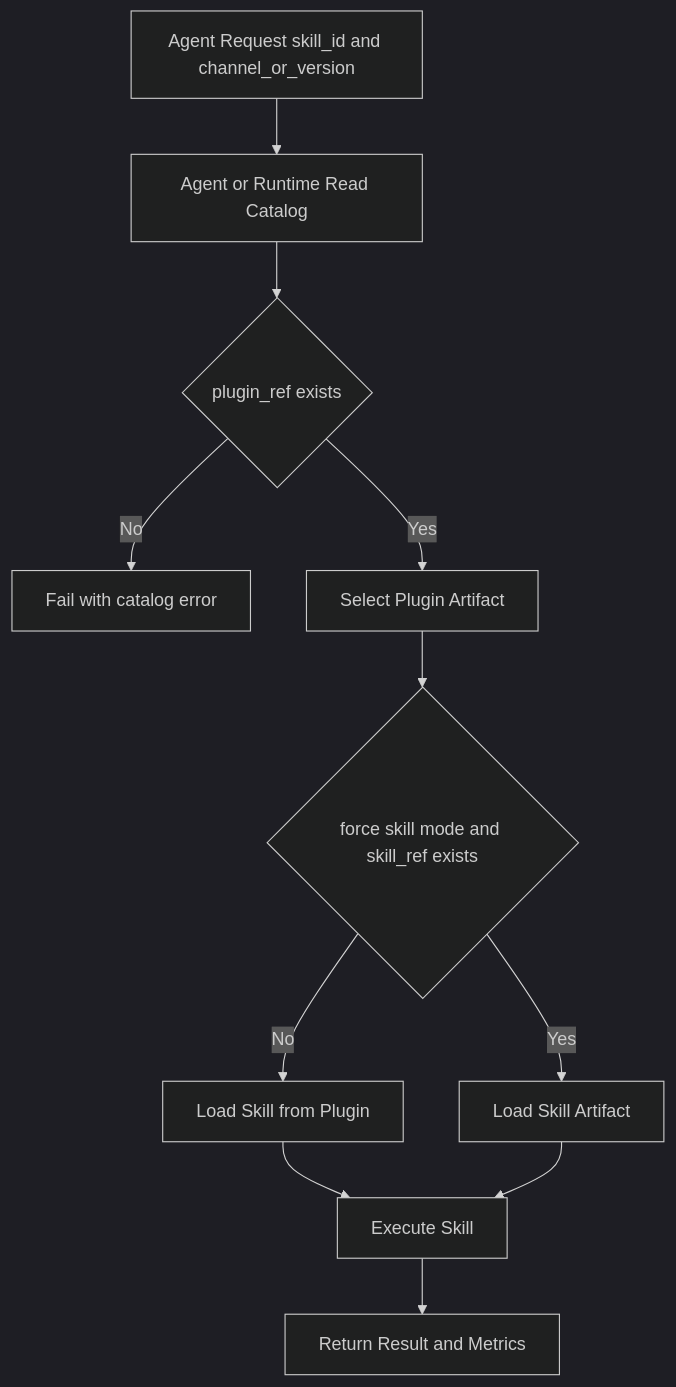
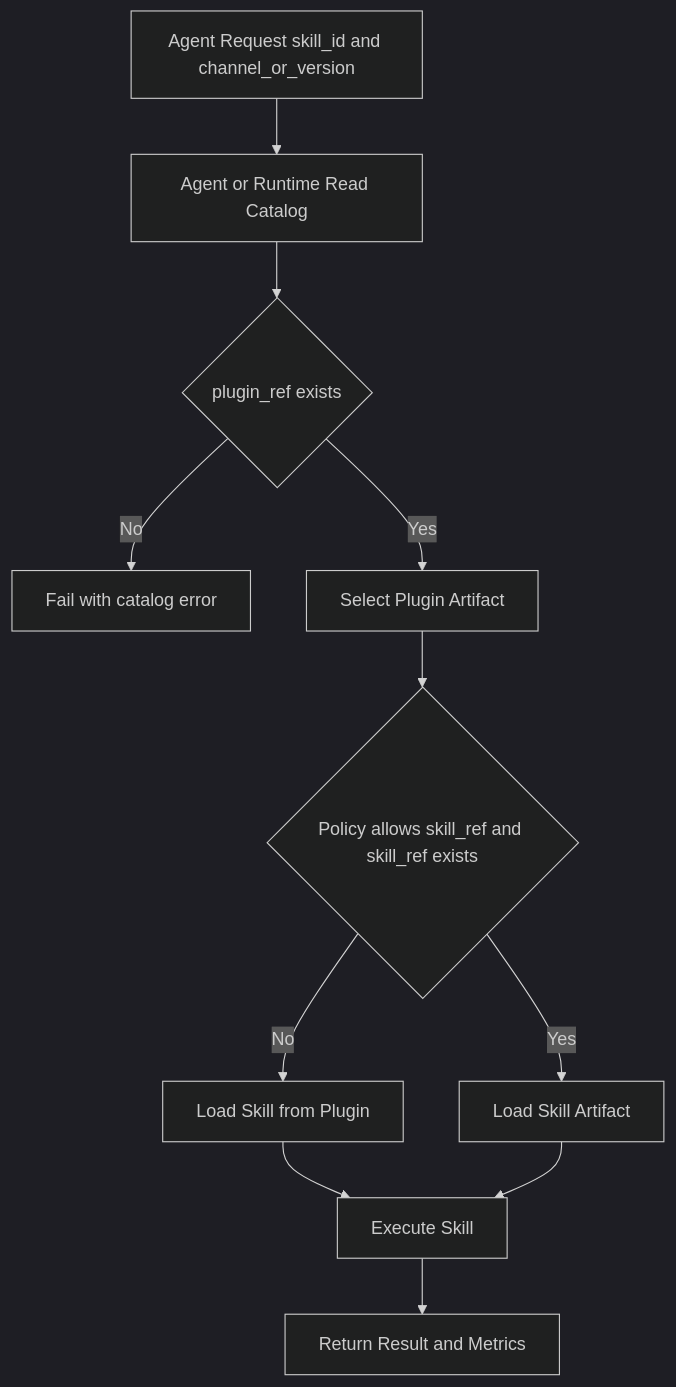
Before and after one commit to devbolin/skills: the second of 3 diagrams in docs/phase1/FLOW.md, drawn with Mermaid (dark theme). The commit also changed other lines of this file and 3 other files, not shown here.

````diff
--- a/docs/phase1/FLOW.md
+++ b/docs/phase1/FLOW.md
@@ -35,13 +35,13 @@
 ```mermaid
 flowchart TD
   A[Agent Request skill_id and channel_or_version] --> B[Agent or Runtime Read Catalog]
   B --> C{plugin_ref exists}
   C -- No --> X[Fail with catalog error]
   C -- Yes --> D[Select Plugin Artifact]
-  D --> E{force skill mode and skill_ref exists}
+  D --> E{Policy allows skill_ref and skill_ref exists}
   E -- No --> F[Load Skill from Plugin]
   E -- Yes --> G[Load Skill Artifact]
   F --> H[Execute Skill]
   G --> H
   H --> I[Return Result and Metrics]
 ```
````
